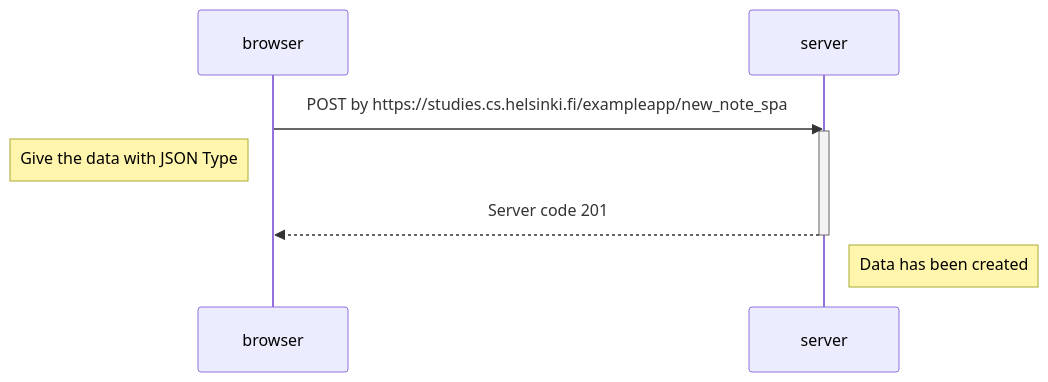
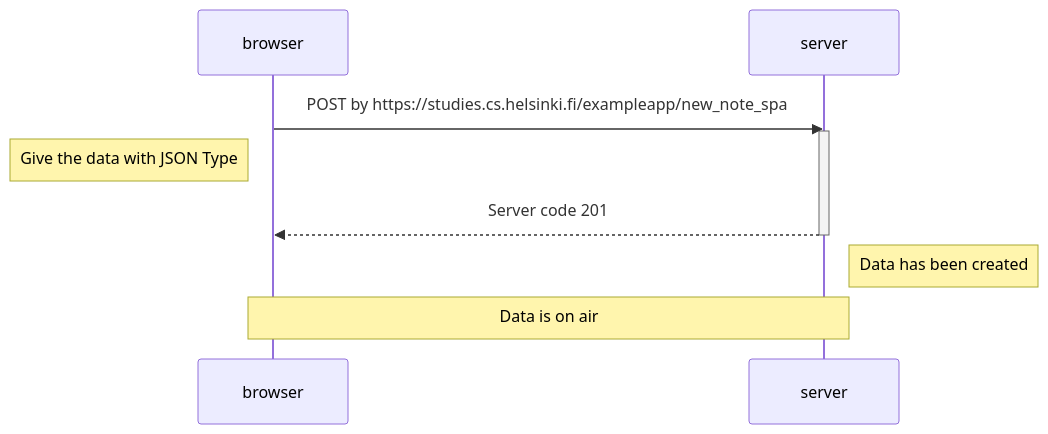
Before and after one commit to dioptriman/part-0-fs-exercise: the diagram in 0.6.md, drawn with Mermaid.

````diff
--- a/0.6.md
+++ b/0.6.md
@@ -3,14 +3,16 @@
 ```mermaid
 
 sequenceDiagram
     participant browser
     participant server
 
     browser->>server: POST by https://studies.cs.helsinki.fi/exampleapp/new_note_spa
     activate server
     Note left of browser: Give the data with JSON Type
     server-->>browser: Server code 201
     deactivate server
     Note right of server: Data has been created 
+    
+    Note over browser,server: Data is on air
 
 ```
````
